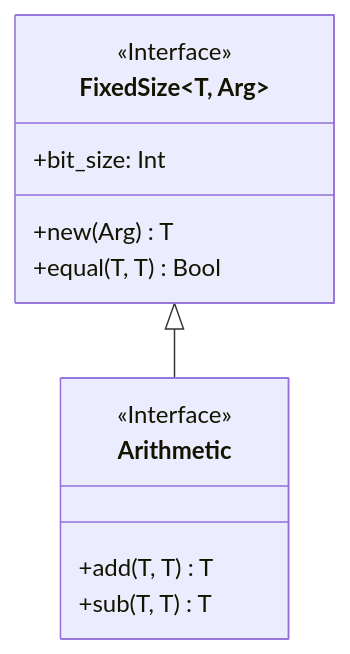
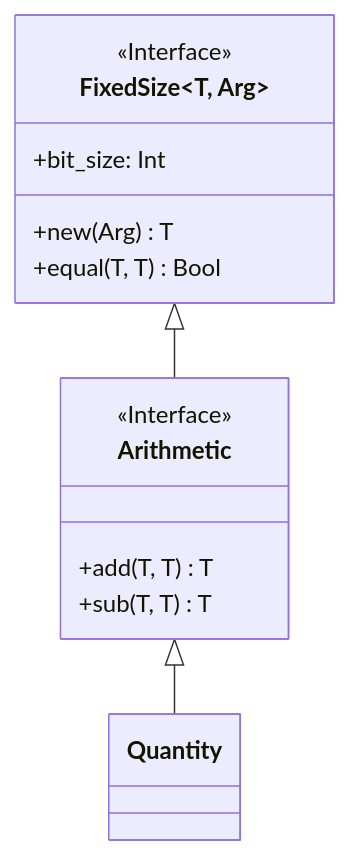
The diagram in docs/system_architecture/state/resource_machine/primitive_interfaces/fixed_size_type/arithmetic.md (anoma/nspec), drawn with Mermaid before and after one commit. The commit also changed other lines of this file and 12 other files, not shown here.

````diff
--- a/docs/system_architecture/state/resource_machine/primitive_interfaces/fixed_size_type/arithmetic.md
+++ b/docs/system_architecture/state/resource_machine/primitive_interfaces/fixed_size_type/arithmetic.md
@@ -5,19 +5,21 @@
 ``` mermaid
 
 classDiagram
     class FixedSize~T, Arg~ {
          <<Interface>>
          +bit_size: Int
          +new(Arg) T
          +equal(T, T) Bool
     }
 
     FixedSize <|-- Arithmetic
 
     class Arithmetic~T, Arg~ {
         <<Interface>>
         +add(T, T) T
         +sub(T, T) T
     }
 
+    Arithmetic <|-- Quantity
+
 ```
````
